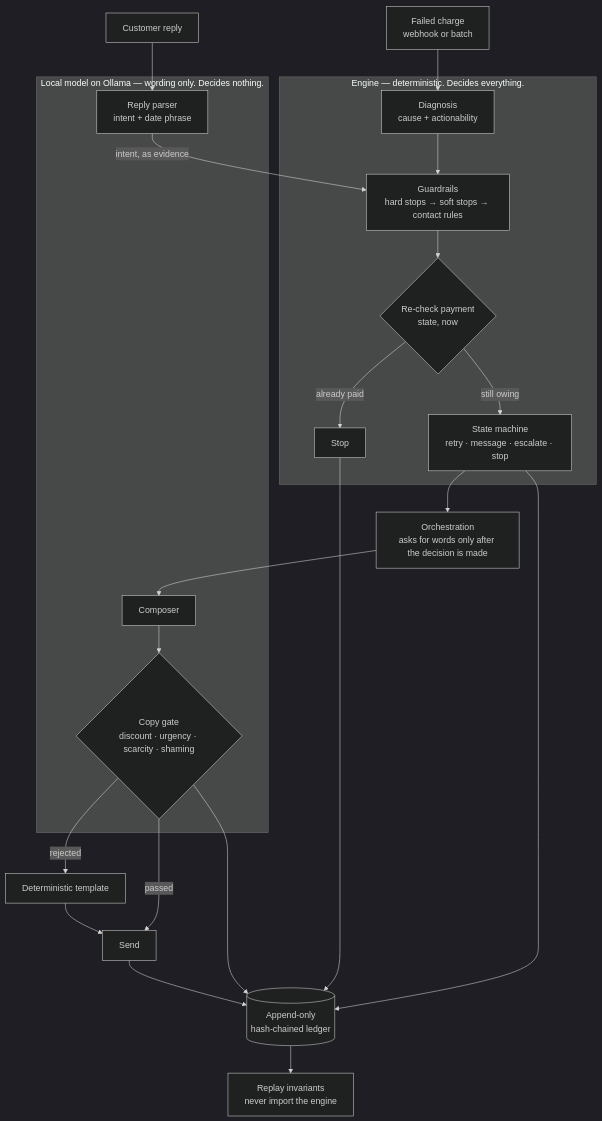
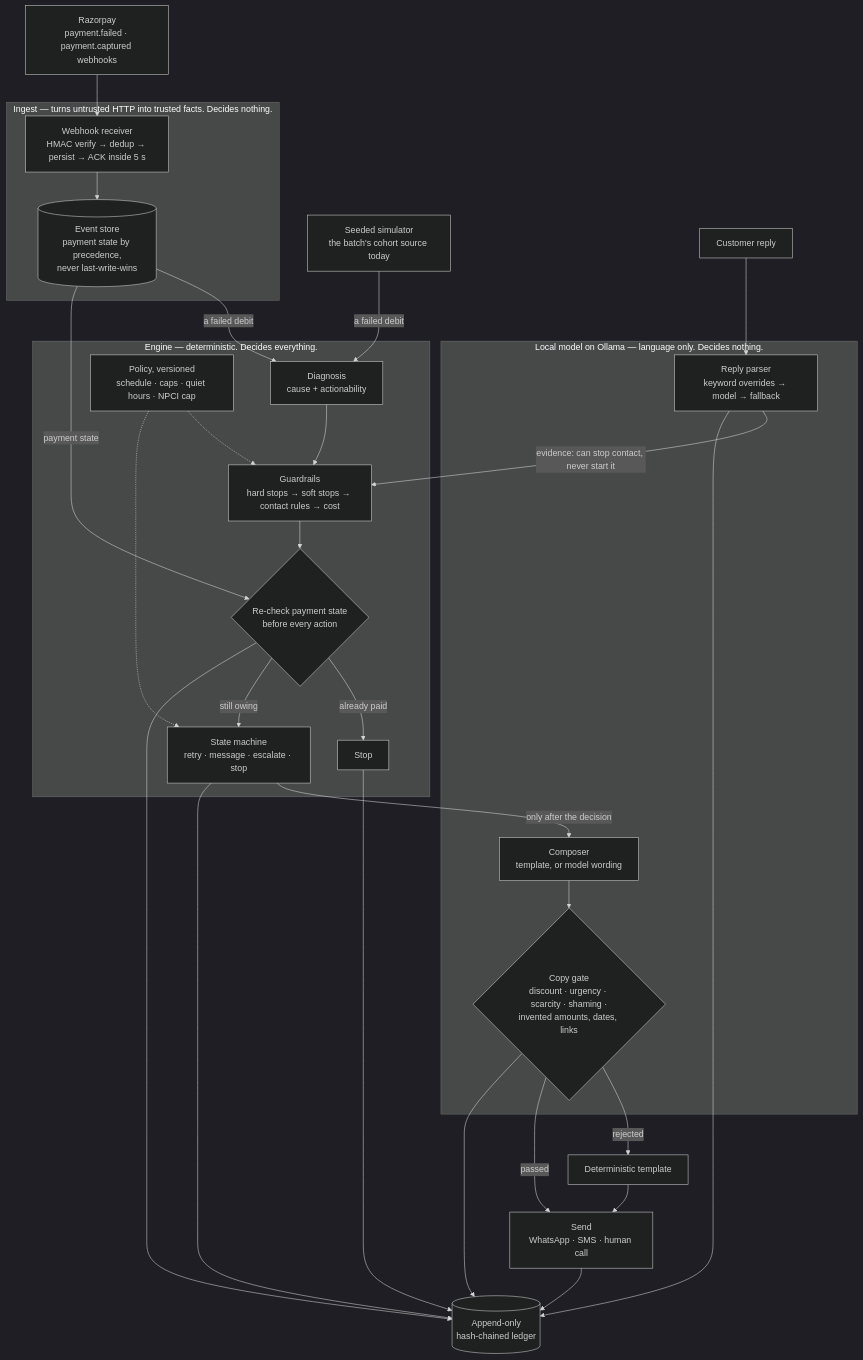
One commit to divyanshg03/razorpay-ai-revenue-recovery changed the first of 2 diagrams in README.md. Above: the diagram before and after it, drawn with Mermaid (dark theme). The commit also changed other lines of this file and 2 other files, not shown here.

````diff
--- a/README.md
+++ b/README.md
@@ -205,31 +267,41 @@
 ```mermaid
 flowchart TB
-    IN["Failed charge<br/>webhook or batch"] --> DIAG
+    RZP["Razorpay<br/>payment.failed · payment.captured webhooks"] --> INGEST
+    SIM["Seeded simulator<br/>the batch's cohort source today"] -->|"a failed debit"| DIAG
+
+    subgraph EDGE ["Ingest — turns untrusted HTTP into trusted facts. Decides nothing."]
+        INGEST["Webhook receiver<br/>HMAC verify → dedup → persist → ACK inside 5 s"] --> STORE[("Event store<br/>payment state by precedence,<br/>never last-write-wins")]
+    end
+
+    STORE -->|"a failed debit"| DIAG
 
     subgraph ENGINE ["Engine — deterministic. Decides everything."]
-        DIAG["Diagnosis<br/>cause + actionability"] --> GUARD["Guardrails<br/>hard stops → soft stops → contact rules"]
-        GUARD --> RECHECK{"Re-check payment<br/>state, now"}
+        DIAG["Diagnosis<br/>cause + actionability"] --> GUARD["Guardrails<br/>hard stops → soft stops → contact rules → cost"]
+        GUARD --> RECHECK{"Re-check payment state<br/>before every action"}
         RECHECK -->|"already paid"| STOP["Stop"]
         RECHECK -->|"still owing"| SM["State machine<br/>retry · message · escalate · stop"]
+        POLICY["Policy, versioned<br/>schedule · caps · quiet hours · NPCI cap"] -.-> GUARD
+        POLICY -.-> SM
     end
 
-    SM --> RUN["Orchestration<br/>asks for words only after the decision is made"]
+    STORE -->|"payment state"| RECHECK
 
-    subgraph LLM ["Local model on Ollama — wording only. Decides nothing."]
-        COMP["Composer"] --> GATE{"Copy gate<br/>discount · urgency · scarcity · shaming"}
-        PARSE["Reply parser<br/>intent + date phrase"]
+    subgraph LLM ["Local model on Ollama — language only. Decides nothing."]
+        COMP["Composer<br/>template, or model wording"] --> GATE{"Copy gate<br/>discount · urgency · scarcity · shaming ·<br/>invented amounts, dates, links"}
+        PARSE["Reply parser<br/>keyword overrides → model → fallback"]
     end
 
-    RUN --> COMP
+    SM -->|"only after the decision"| COMP
     GATE -->|"rejected"| TPL["Deterministic template"]
-    GATE -->|"passed"| SEND["Send"]
+    GATE -->|"passed"| SEND["Send<br/>WhatsApp · SMS · human call"]
     TPL --> SEND
     REPLY["Customer reply"] --> PARSE
-    PARSE -->|"intent, as evidence"| GUARD
+    PARSE -->|"evidence: can stop contact, never start it"| GUARD
 
     SM --> LEDGER[("Append-only<br/>hash-chained ledger")]
+    RECHECK --> LEDGER
+    GATE --> LEDGER
     SEND --> LEDGER
-    GATE --> LEDGER
     STOP --> LEDGER
-    LEDGER --> INV["Replay invariants<br/>never import the engine"]
+    PARSE --> LEDGER
 ```
````
